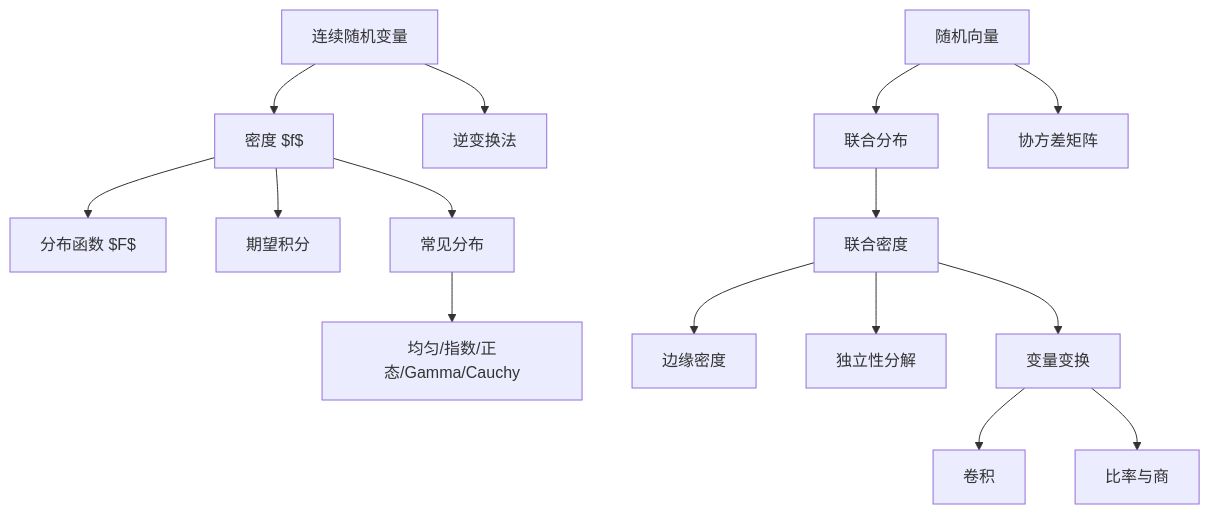
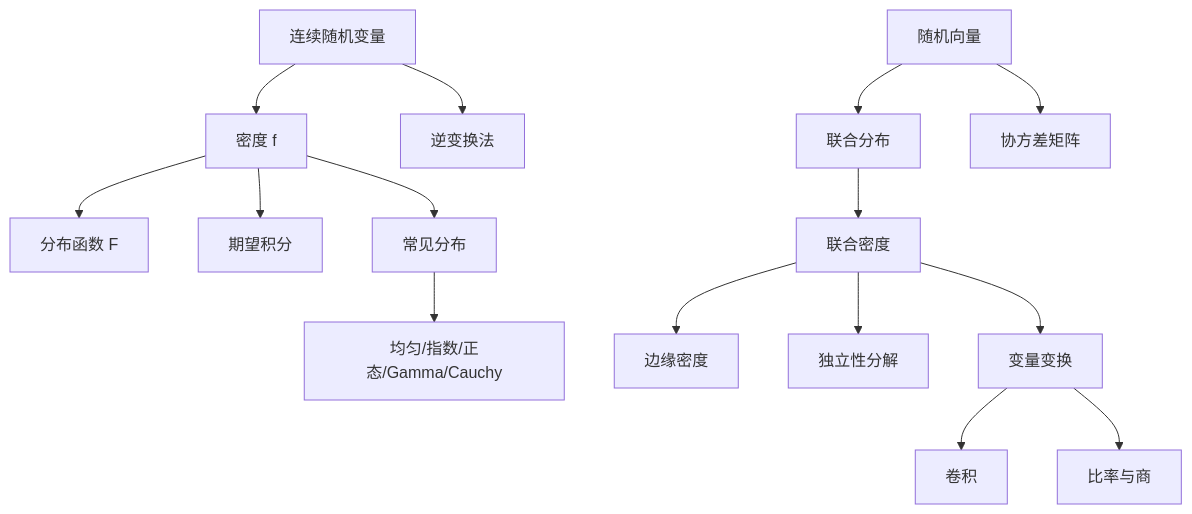
One commit to hadanice/OpenDS changed the diagram in 概率论基础/05-连续型随机变量与随机向量.md. Above: the diagram before and after it, drawn with Mermaid. The commit also changed other lines of this file, not shown here.

````diff
--- a/概率论基础/05-连续型随机变量与随机向量.md
+++ b/概率论基础/05-连续型随机变量与随机向量.md
@@ -655,17 +635,17 @@
 ```mermaid
 flowchart TD
-  A["连续随机变量"] --> B["密度 $f$"]
-  B --> C["分布函数 $F$"]
+  A["连续随机变量"] --> B["密度 f"]
+  B --> C["分布函数 F"]
   B --> D["期望积分"]
   B --> E["常见分布"]
   E --> F["均匀/指数/正态/Gamma/Cauchy"]
   A --> G["逆变换法"]
   H["随机向量"] --> I["联合分布"]
   I --> J["联合密度"]
   J --> K["边缘密度"]
   J --> L["独立性分解"]
   J --> M["变量变换"]
   M --> N["卷积"]
   M --> O["比率与商"]
   H --> P["协方差矩阵"]
 ```
````
